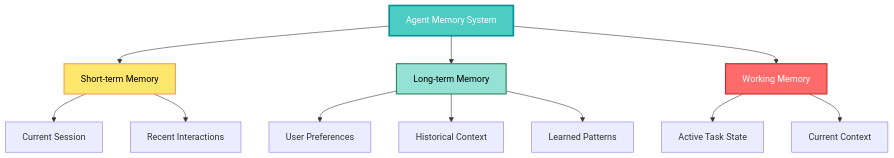
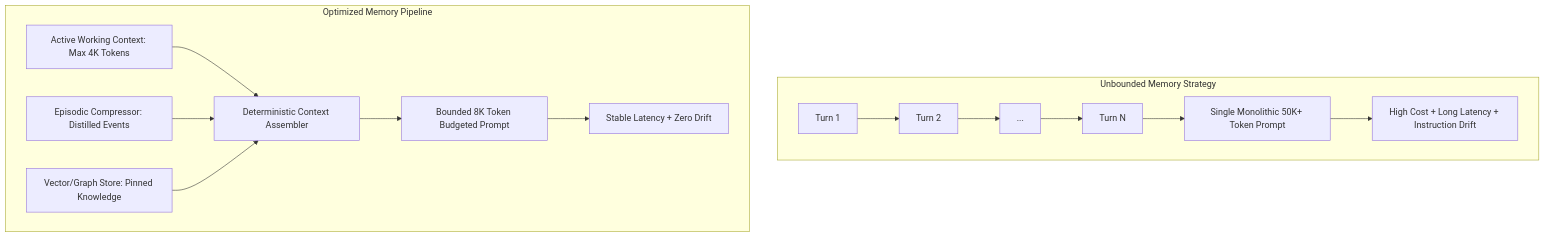
Before and after one commit to akillness/akillness.github.io: the first of 2 diagrams in _posts/2025/11/2025-11-16-ai-agents-memory-optimization.md, drawn with Mermaid. The commit also changed other lines of this file and 1 other file, not shown here.

Commit message:
archive(dev): rebuild ai-agents-memory-optimization from 2025-11 note

````diff
--- a/_posts/2025/11/2025-11-16-ai-agents-memory-optimization.md
+++ b/_posts/2025/11/2025-11-16-ai-agents-memory-optimization.md
@@ -204,21 +29,16 @@
 ```mermaid
-graph TB
-    A[Agent Memory System] --> B[Short-term Memory]
-    A --> C[Long-term Memory]
-    A --> D[Working Memory]
+flowchart TD
+    subgraph NaiveStrategy["Unbounded Memory Strategy"]
+        T1[Turn 1] --> T2[Turn 2] --> T3[...] --> TN[Turn N]
+        TN --> ContextDump[Single Monolithic 50K+ Token Prompt]
+        ContextDump --> Degradation[High Cost + Long Latency + Instruction Drift]
+    end
 
-    B --> E[Current Session]
-    B --> F[Recent Interactions]
-
-    C --> G[User Preferences]
-    C --> H[Historical Context]
-    C --> I[Learned Patterns]
-
-    D --> J[Active Task State]
-    D --> K[Current Context]
-
-    style A fill:#4ecdc4,stroke:#0a9396,stroke-width:3px,color:#fff
-    style B fill:#ffe66d,stroke:#f4a261,stroke-width:2px,color:#000
-    style C fill:#95e1d3,stroke:#2d8659,stroke-width:2px,color:#000
-    style D fill:#ff6b6b,stroke:#c92a2a,stroke-width:2px,color:#fff
+    subgraph TieredStrategy["Optimized Memory Pipeline"]
+        TCurrent[Active Working Context: Max 4K Tokens] --> Assembly[Deterministic Context Assembler]
+        Episodic[Episodic Compressor: Distilled Events] --> Assembly
+        Semantic[Vector/Graph Store: Pinned Knowledge] --> Assembly
+        Assembly --> BoundedPrompt[Bounded 8K Token Budgeted Prompt]
+        BoundedPrompt --> Predictable[Stable Latency + Zero Drift]
+    end
 ```
````
